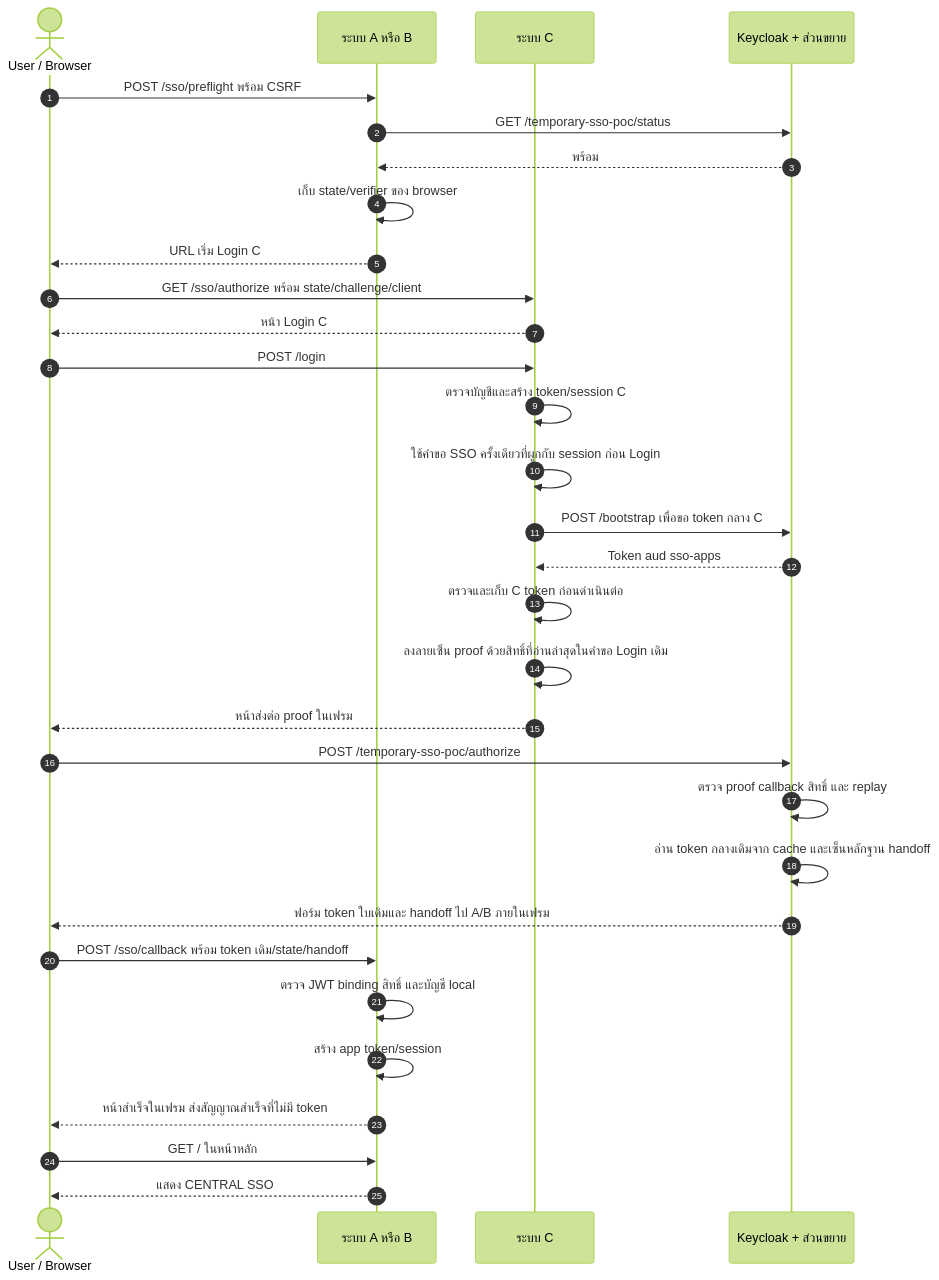
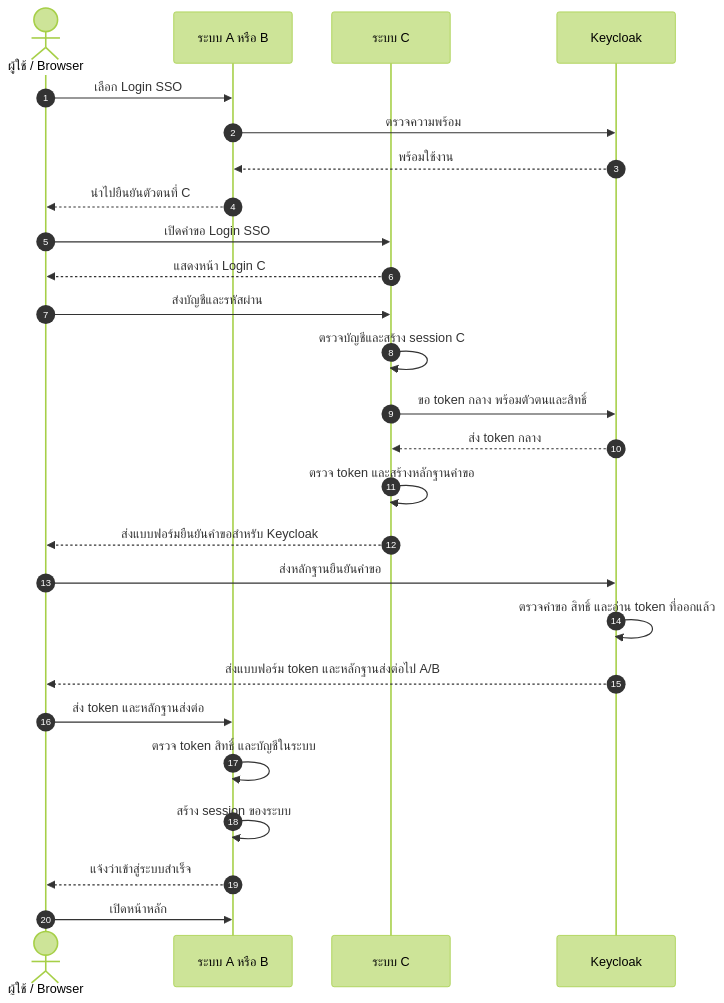
The fifth of 22 diagrams in docs/flows/LOGIN-AND-SESSION.md (Sin1apachai/poc_sso), drawn with Mermaid (forest theme) before and after one commit. The commit also changed other lines of this file and 69 other files, not shown here.

Commit message:
Add IdP heartbeat, Keycloak API collection and revised SSO guides

````diff
--- a/docs/flows/LOGIN-AND-SESSION.md
+++ b/docs/flows/LOGIN-AND-SESSION.md
@@ -96,33 +103,28 @@
 ```mermaid
 sequenceDiagram
     autonumber
-actor U as User / Browser
+    actor U as ผู้ใช้ / Browser
     participant A as ระบบ A หรือ B
     participant C as ระบบ C
-    participant K as Keycloak + ส่วนขยาย
-    U->>A: POST /sso/preflight พร้อม CSRF
-    A->>K: GET /temporary-sso-poc/status
-    K-->>A: พร้อม
-    A->>A: เก็บ state/verifier ของ browser
-    A-->>U: URL เริ่ม Login C
-    U->>C: GET /sso/authorize พร้อม state/challenge/client
-    C-->>U: หน้า Login C
-    U->>C: POST /login
-    C->>C: ตรวจบัญชีและสร้าง token/session C
-    C->>C: ใช้คำขอ SSO ครั้งเดียวที่ผูกกับ session ก่อน Login
-    C->>K: POST /bootstrap เพื่อขอ token กลาง C
-    K-->>C: Token aud sso-apps
-    C->>C: ตรวจและเก็บ C token ก่อนดำเนินต่อ
-    C->>C: ลงลายเซ็น proof ด้วยสิทธิ์ที่อ่านล่าสุดในคำขอ Login เดิม
-    C-->>U: หน้าส่งต่อ proof ในเฟรม
-    U->>K: POST /temporary-sso-poc/authorize
-    K->>K: ตรวจ proof callback สิทธิ์ และ replay
-    K->>K: อ่าน token กลางเดิมจาก cache และเซ็นหลักฐาน handoff
-    K-->>U: ฟอร์ม token ใบเดิมและ handoff ไป A/B ภายในเฟรม
-    U->>A: POST /sso/callback พร้อม token เดิม/state/handoff
-    A->>A: ตรวจ JWT binding สิทธิ์ และบัญชี local
-    A->>A: สร้าง app token/session
-    A-->>U: หน้าสำเร็จในเฟรม ส่งสัญญาณสำเร็จที่ไม่มี token
-    U->>A: GET / ในหน้าหลัก
-    A-->>U: แสดง CENTRAL SSO
+    participant K as Keycloak
+    U->>A: เลือก Login SSO
+    A->>K: ตรวจความพร้อม
+    K-->>A: พร้อมใช้งาน
+    A-->>U: นำไปยืนยันตัวตนที่ C
+    U->>C: เปิดคำขอ Login SSO
+    C-->>U: แสดงหน้า Login C
+    U->>C: ส่งบัญชีและรหัสผ่าน
+    C->>C: ตรวจบัญชีและสร้าง session C
+    C->>K: ขอ token กลาง พร้อมตัวตนและสิทธิ์
+    K-->>C: ส่ง token กลาง
+    C->>C: ตรวจ token และสร้างหลักฐานคำขอ
+    C-->>U: ส่งแบบฟอร์มยืนยันคำขอสำหรับ Keycloak
+    U->>K: ส่งหลักฐานยืนยันคำขอ
+    K->>K: ตรวจคำขอ สิทธิ์ และอ่าน token ที่ออกแล้ว
+    K-->>U: ส่งแบบฟอร์ม token และหลักฐานส่งต่อไป A/B
+    U->>A: ส่ง token และหลักฐานส่งต่อ
+    A->>A: ตรวจ token สิทธิ์ และบัญชีในระบบ
+    A->>A: สร้าง session ของระบบ
+    A-->>U: แจ้งว่าเข้าสู่ระบบสำเร็จ
+    U->>A: เปิดหน้าหลัก
 ```
````
